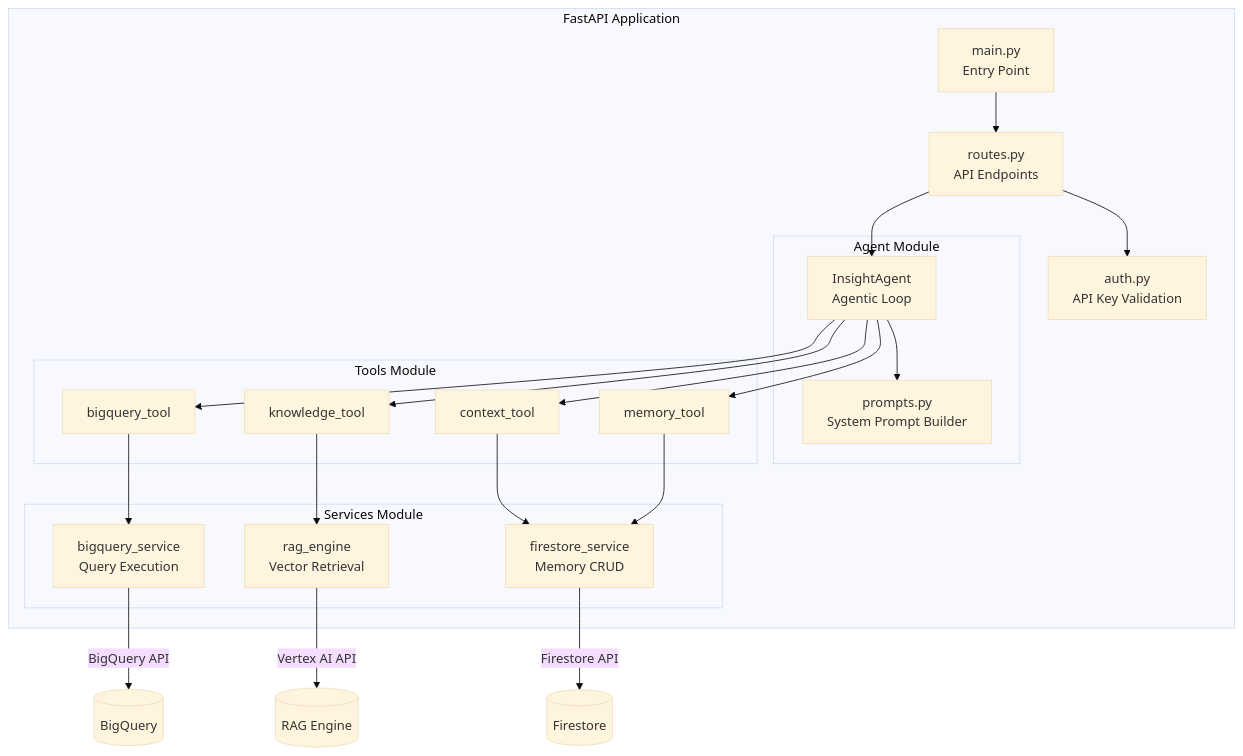
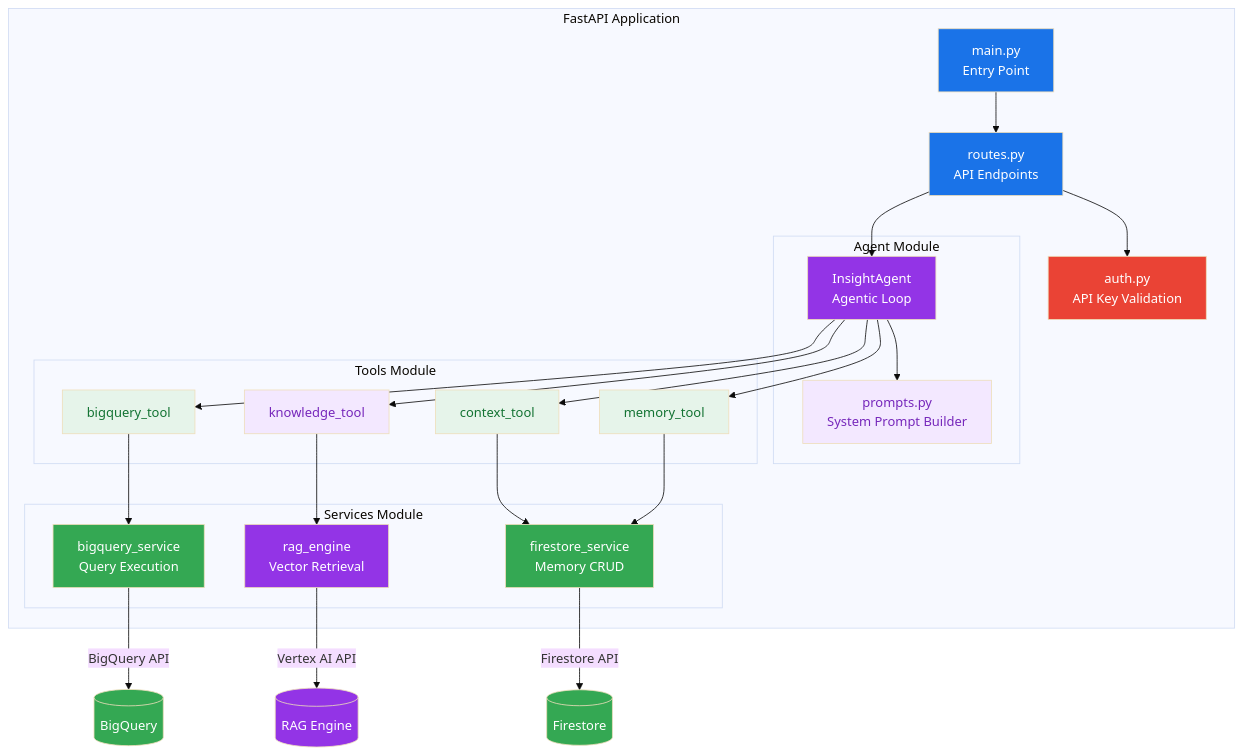
One commit to gadekar-pravin/InsightAgent changed the fifth of 23 diagrams in ARCHITECTURE.md. Above: the diagram before and after it, drawn with Mermaid (base theme). The commit also changed other lines of this file, not shown here.

First line of the commit message:
Implement consistent color theme for all Mermaid diagrams

````diff
--- a/ARCHITECTURE.md
+++ b/ARCHITECTURE.md
@@ -196,39 +224,55 @@
 ```mermaid
 flowchart TB
     subgraph "FastAPI Application"
         MAIN[main.py<br/>Entry Point]
         ROUTES[routes.py<br/>API Endpoints]
         AUTH[auth.py<br/>API Key Validation]
 
         subgraph "Agent Module"
             AGENT[InsightAgent<br/>Agentic Loop]
             PROMPTS[prompts.py<br/>System Prompt Builder]
         end
 
         subgraph "Tools Module"
             T1[bigquery_tool]
             T2[knowledge_tool]
             T3[context_tool]
             T4[memory_tool]
         end
 
         subgraph "Services Module"
             S1[bigquery_service<br/>Query Execution]
             S2[rag_engine<br/>Vector Retrieval]
             S3[firestore_service<br/>Memory CRUD]
         end
     end
 
     MAIN --> ROUTES
     ROUTES --> AUTH
     ROUTES --> AGENT
     AGENT --> PROMPTS
     AGENT --> T1 & T2 & T3 & T4
     T1 --> S1
     T2 --> S2
     T3 & T4 --> S3
 
     S1 -->|BigQuery API| BQ[(BigQuery)]
     S2 -->|Vertex AI API| RAG[(RAG Engine)]
     S3 -->|Firestore API| FS[(Firestore)]
+
+    style MAIN fill:#1A73E8,color:#fff
+    style ROUTES fill:#1A73E8,color:#fff
+    style AUTH fill:#EA4335,color:#fff
+    style AGENT fill:#9334E6,color:#fff
+    style PROMPTS fill:#F3E8FF,color:#7627BB
+    style T1 fill:#E6F4EA,color:#137333
+    style T2 fill:#F3E8FF,color:#7627BB
+    style T3 fill:#E6F4EA,color:#137333
+    style T4 fill:#E6F4EA,color:#137333
+    style S1 fill:#34A853,color:#fff
+    style S2 fill:#9334E6,color:#fff
+    style S3 fill:#34A853,color:#fff
+    style BQ fill:#34A853,color:#fff
+    style RAG fill:#9334E6,color:#fff
+    style FS fill:#34A853,color:#fff
 ```
````
